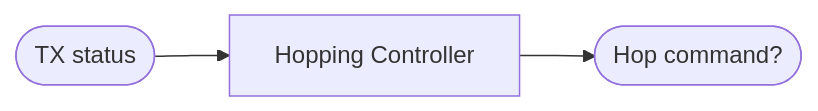
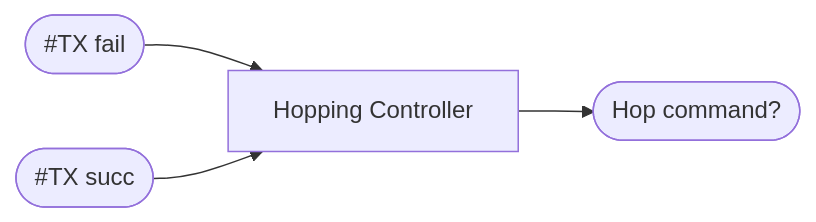
One commit to franconepippone/Industrial-comms changed the diagram in HoppingLogic.md. Above: the diagram before and after it, drawn with Mermaid. The commit also changed other lines of this file and 1 other file, not shown here.

````diff
--- a/HoppingLogic.md
+++ b/HoppingLogic.md
@@ -11,8 +17,10 @@
 ```mermaid
 flowchart LR
-    input([TX status])
+    input([#TX succ])
+    input2([#TX fail])
     process[Hopping Controller]
     output([Hop command?])
 
+    input2 --> process
     input --> process --> output
 ```
````
